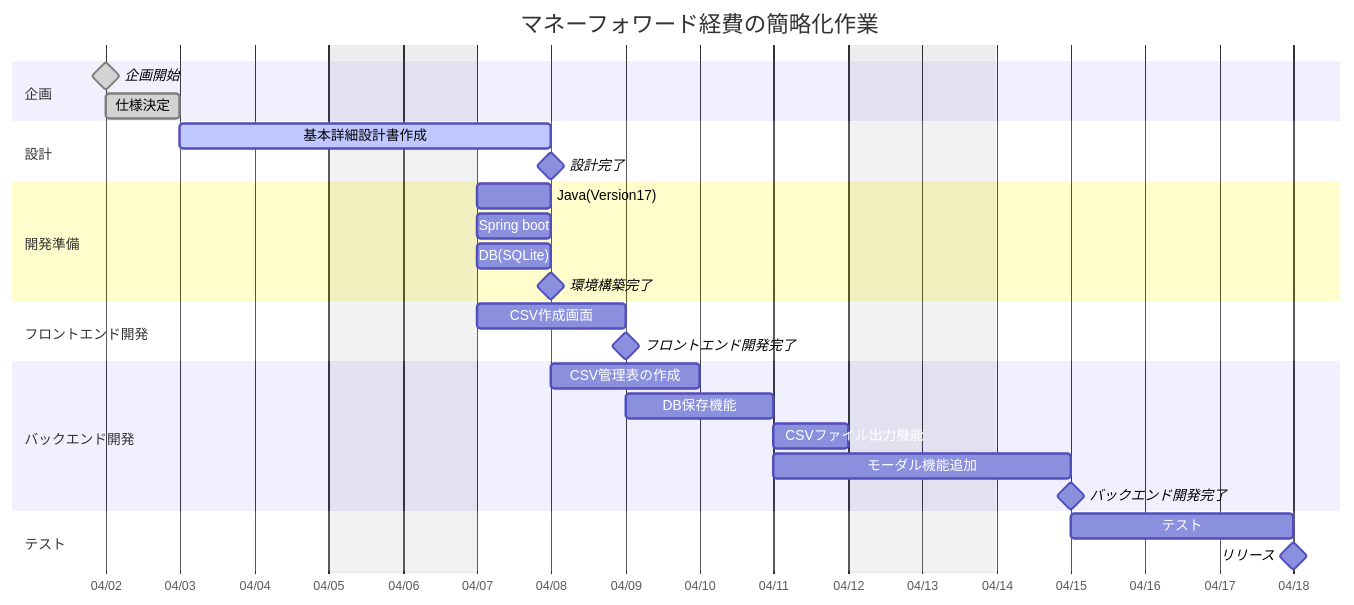
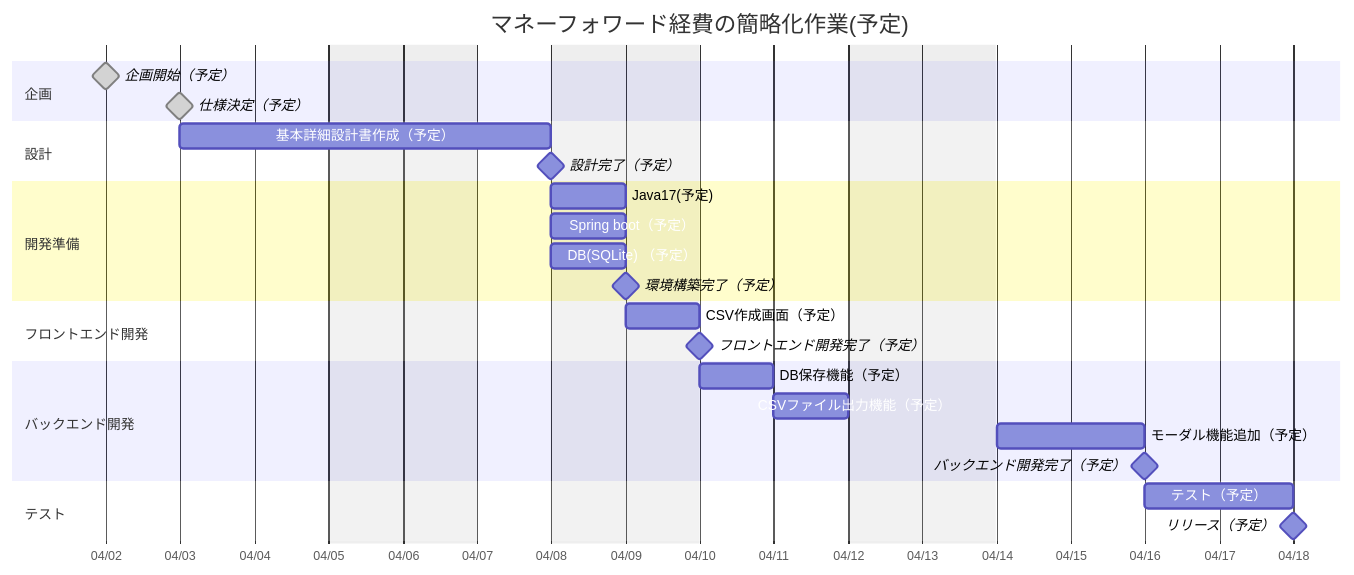
One commit to brain-yuhei/CsvCreateTool changed the first of 2 diagrams in AttrMF/csvdownload/csvcreate/docs/schedule.md. Above: the diagram before and after it, drawn with Mermaid. The commit also changed other lines of this file, not shown here.

````diff
--- a/AttrMF/csvdownload/csvcreate/docs/schedule.md
+++ b/AttrMF/csvdownload/csvcreate/docs/schedule.md
@@ -22,37 +4,36 @@
 ```mermaid
 gantt
-  title マネーフォワード経費の簡略化作業
+  title マネーフォワード経費の簡略化作業(予定)
   dateFormat  YYYY-MM-DD
   axisFormat  %m/%d  
-  excludes    weekends
+  excludes    weekends, 2025-04-08, 2025-04-09  
   tickInterval 1day
 
   section 企画
-    企画開始              : done, milestone, des1, 2025-04-02,
-    仕様決定              : done, des1-1, after des1, 1d
+    企画開始（予定）          : done, milestone, des1, 2025-04-02,   
+    仕様決定（予定）          : done, milestone, des1-1, 2025-04-03,   
 
   section 設計
-    基本詳細設計書作成     : active, des2, after des1-1, 3d 
-    設計完了              : milestone, 2025-04-08,
+    基本詳細設計書作成（予定）     : des2, after des1-1, 3d
+    設計完了（予定）             : milestone, 2025-04-08,
 
   section 開発準備
-    Java(Version17)      : des3-1, 2025-04-07, 1d
-    Spring boot          : des3-2, 2025-04-07, 1d
-    DB(SQLite)           : des3-3, 2025-04-07, 1d
-    環境構築完了           : milestone, m3, 2025-04-08,
+    Java17(予定)      　　　　　　: des3-1, 2025-04-08, 1d
+    Spring boot（予定）          : des3-2, 2025-04-08, 1d
+    DB(SQLite) （予定）          : des3-3, 2025-04-08, 1d
+    環境構築完了（予定）           : milestone, m3, 2025-04-09,    
 
   section フロントエンド開発
-    CSV作成画面           : des4-2, 2025-04-07, 2d
-    フロントエンド開発完了  : milestone, after des4-2
+    CSV作成画面（予定）           : des4-1, 2025-04-09, 1d
+    フロントエンド開発完了（予定）  : milestone, after des4-1
 
   section バックエンド開発
-    CSV管理表の作成         : des5-2, 2025-04-08, 1.5d
-    DB保存機能             : des5-1, 2025-04-09, 1.5d
-    CSVファイル出力機能     : des5-3, after des5-1, 1d
-    モーダル機能追加        : des5-4, after des5-1, 2d
-    バックエンド開発完了     :milestone,m5, after des5-4,
+    DB保存機能（予定）             : des5-1, 2025-04-10, 1d
+    CSVファイル出力機能（予定）     : des5-3, after des5-1, 1d
+    モーダル機能追加（予定）        : des5-4, after des5-3, 2d
+    バックエンド開発完了（予定）     :milestone,m5, after des5-4,
 
   section テスト
-    テスト               : des6, after m5, 3d
-    リリース             : milestone,
+    テスト（予定）               : des6, after m5, 2d
+    リリース（予定）             : milestone,
 ```
````
